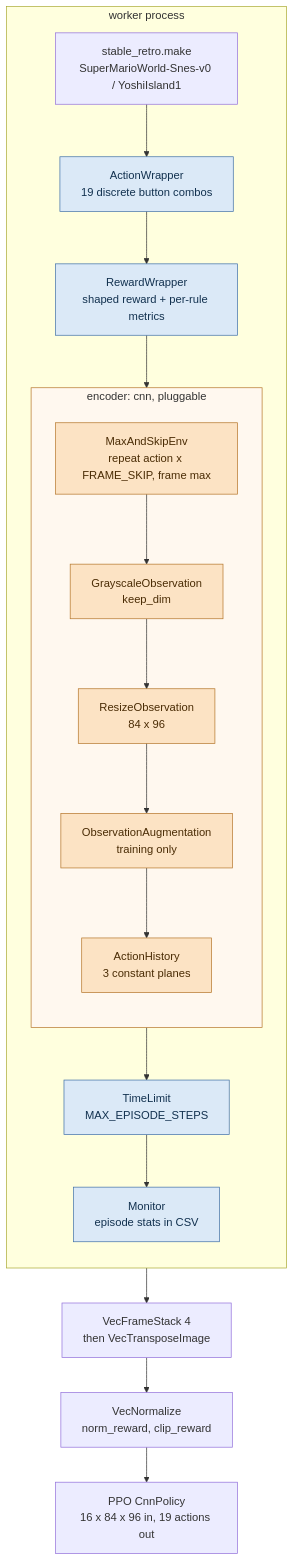
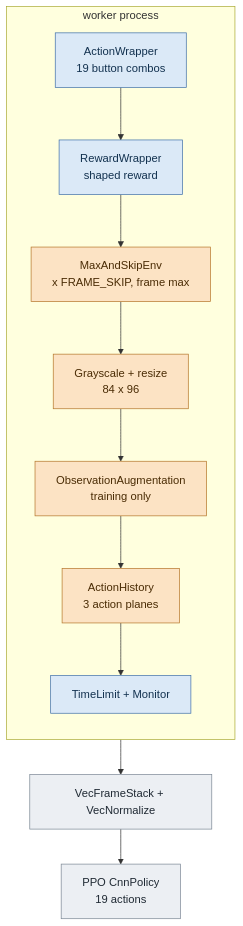
The first of 2 diagrams in README.md (jasonkwh/DeepMario-SMW), drawn with Mermaid before and after one commit. The commit also changed other lines of this file, not shown here.

Commit message:
docs: refine README flowcharts and descriptions for clarity
- Updated flowcharts to better illustrate the relationships between environment wrappers and encoders.
- Simplified descriptions of components in the training loop and evaluation metrics callbacks.
- Enhanced clarity on the roles of shared and pluggable components within the architecture.

````diff
--- a/README.md
+++ b/README.md
@@ -76,28 +76,22 @@
 ```mermaid
 flowchart TD
   subgraph W["worker process"]
     direction TB
-    ROM["stable_retro.make<br/>SuperMarioWorld-Snes-v0 / YoshiIsland1"]
-    AW["ActionWrapper<br/>19 discrete button combos"]
-    RW["RewardWrapper<br/>shaped reward + per-rule metrics"]
-    subgraph E["encoder: cnn, pluggable"]
-      direction TB
-      MS["MaxAndSkipEnv<br/>repeat action x FRAME_SKIP, frame max"]
-      GS["GrayscaleObservation<br/>keep_dim"]
-      RS["ResizeObservation<br/>84 x 96"]
-      AUG["ObservationAugmentation<br/>training only"]
-      AH["ActionHistory<br/>3 constant planes"]
-    end
-    TL["TimeLimit<br/>MAX_EPISODE_STEPS"]
-    MON["Monitor<br/>episode stats in CSV"]
-    ROM --> AW --> RW --> MS --> GS --> RS --> AUG --> AH --> TL --> MON
+    AW["ActionWrapper<br/>19 button combos"]
+    RW["RewardWrapper<br/>shaped reward"]
+    MS["MaxAndSkipEnv<br/>x FRAME_SKIP, frame max"]
+    GSR["Grayscale + resize<br/>84 x 96"]
+    AUG["ObservationAugmentation<br/>training only"]
+    AH["ActionHistory<br/>3 action planes"]
+    TL["TimeLimit + Monitor"]
+    AW --> RW --> MS --> GSR --> AUG --> AH --> TL
   end
-  MON --> FS["VecFrameStack 4<br/>then VecTransposeImage"]
-  FS --> VN["VecNormalize<br/>norm_reward, clip_reward"]
-  VN --> PPO["PPO CnnPolicy<br/>16 x 84 x 96 in, 19 actions out"]
+  TL --> VEC["VecFrameStack + VecNormalize"]
+  VEC --> PPO["PPO CnnPolicy<br/>19 actions"]
   classDef shared fill:#dbe9f7,stroke:#3f6fa8,color:#12314f
   classDef plug fill:#fce3c4,stroke:#b5762a,color:#4a2c05
-  class AW,RW,TL,MON shared
-  class MS,GS,RS,AUG,AH plug
-  style E fill:#fff8ef,stroke:#b5762a
+  classDef vec fill:#eceff3,stroke:#7b8794,color:#1f2933
+  class AW,RW,TL shared
+  class MS,GSR,AUG,AH plug
+  class VEC,PPO vec
 ```
````
